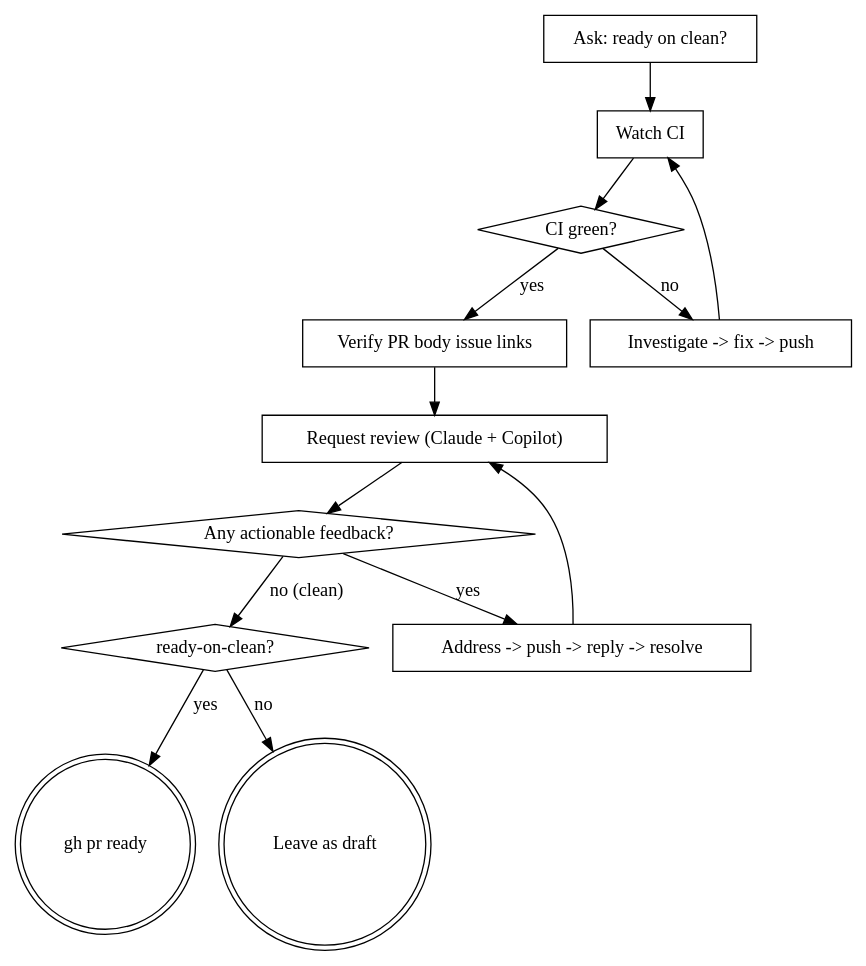
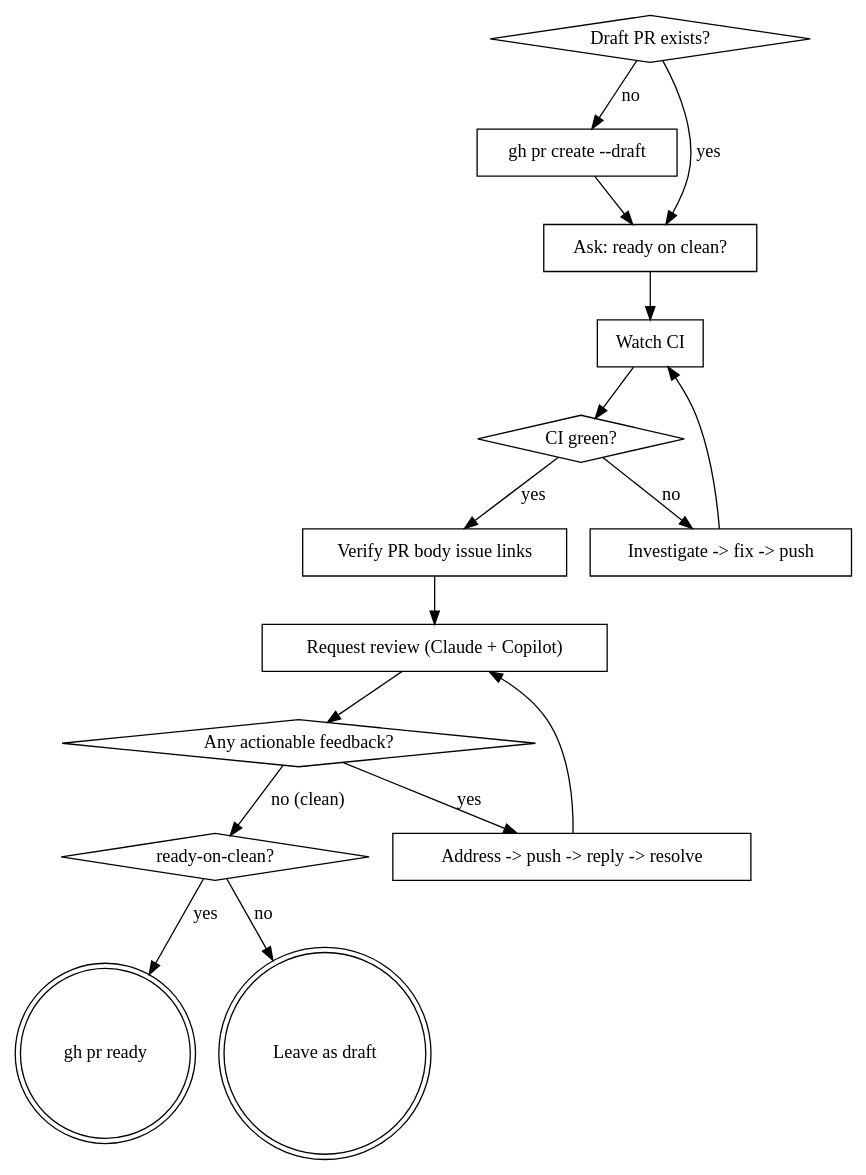
Before and after one commit to yowcow/dotfiles: the diagram in ai/skills/pr-to-ready/SKILL.md, drawn with Graphviz. The commit also changed other lines of this file and 7 other files, not shown here.

````diff
--- a/ai/skills/pr-to-ready/SKILL.md
+++ b/ai/skills/pr-to-ready/SKILL.md
@@ -18,28 +30,33 @@
 ```dot
 digraph pr_to_ready {
+  "Draft PR exists?" [shape=diamond];
+  "gh pr create --draft" [shape=box];
   "Ask: ready on clean?" [shape=box];
   "Watch CI" [shape=box];
   "CI green?" [shape=diamond];
   "Investigate -> fix -> push" [shape=box];
   "Verify PR body issue links" [shape=box];
   "Request review (Claude + Copilot)" [shape=box];
   "Any actionable feedback?" [shape=diamond];
   "Address -> push -> reply -> resolve" [shape=box];
   "ready-on-clean?" [shape=diamond];
   "gh pr ready" [shape=doublecircle];
   "Leave as draft" [shape=doublecircle];
 
+  "Draft PR exists?" -> "gh pr create --draft" [label="no"];
+  "gh pr create --draft" -> "Ask: ready on clean?";
+  "Draft PR exists?" -> "Ask: ready on clean?" [label="yes"];
   "Ask: ready on clean?" -> "Watch CI";
   "Watch CI" -> "CI green?";
   "CI green?" -> "Investigate -> fix -> push" [label="no"];
   "Investigate -> fix -> push" -> "Watch CI";
   "CI green?" -> "Verify PR body issue links" [label="yes"];
   "Verify PR body issue links" -> "Request review (Claude + Copilot)";
   "Request review (Claude + Copilot)" -> "Any actionable feedback?";
   "Any actionable feedback?" -> "Address -> push -> reply -> resolve" [label="yes"];
   "Address -> push -> reply -> resolve" -> "Request review (Claude + Copilot)";
   "Any actionable feedback?" -> "ready-on-clean?" [label="no (clean)"];
   "ready-on-clean?" -> "gh pr ready" [label="yes"];
   "ready-on-clean?" -> "Leave as draft" [label="no"];
 }
 ```
````
